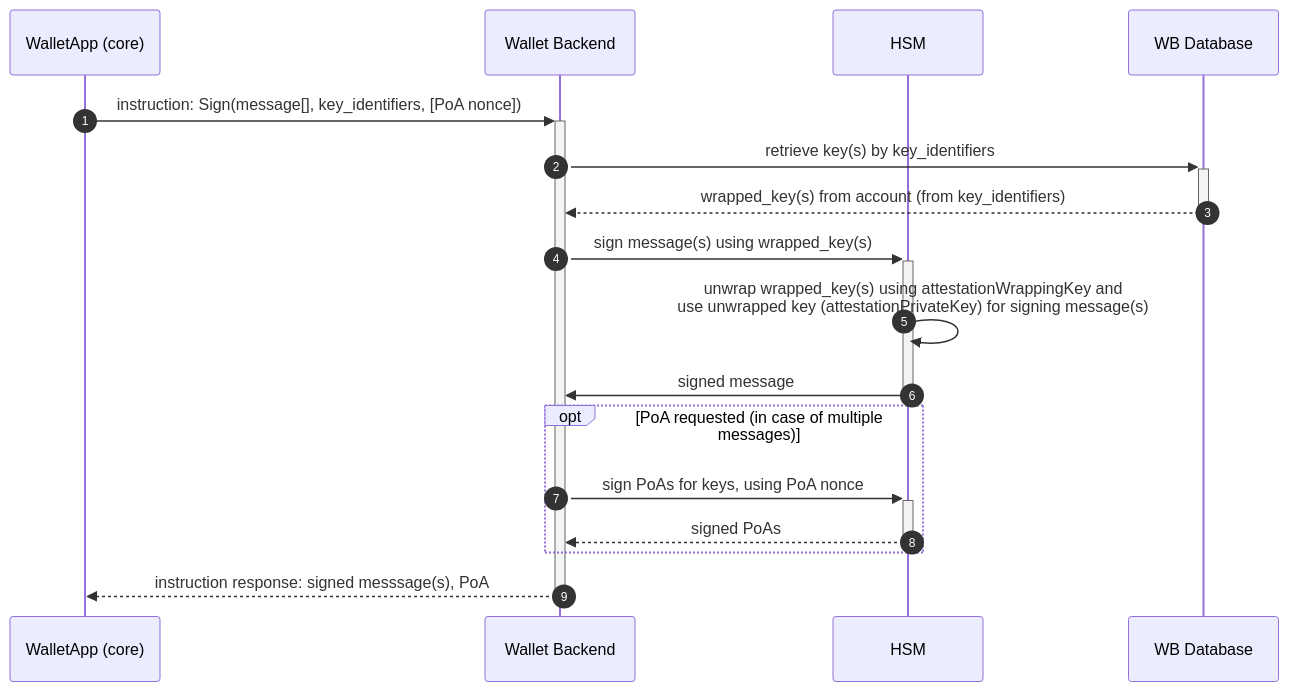
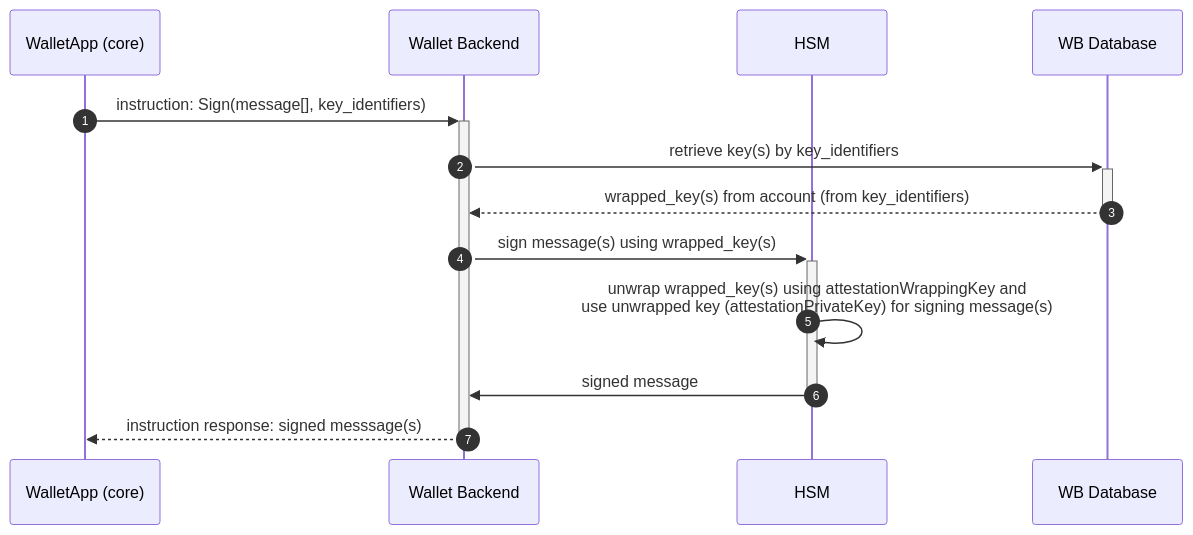
The second of 2 diagrams in wallet_docs/architecture/use-cases/disclosure-with-openid4vp.md (MinBZK/nl-wallet), drawn with Mermaid before and after one commit. The commit also changed other lines of this file and 59 other files, not shown here.

````diff
--- a/wallet_docs/architecture/use-cases/disclosure-with-openid4vp.md
+++ b/wallet_docs/architecture/use-cases/disclosure-with-openid4vp.md
@@ -71,22 +70,18 @@
 ```{mermaid}
 sequenceDiagram
     autonumber
 
     participant Wallet as WalletApp (core)
     participant WB as Wallet Backend
     participant HSM as HSM
     participant DB as WB Database
 
-    Wallet ->>+ WB: instruction: Sign(message[], key_identifiers, [PoA nonce])
+    Wallet ->>+ WB: instruction: Sign(message[], key_identifiers)
     WB ->>+ DB: retrieve key(s) by key_identifiers
     DB -->>- WB: wrapped_key(s) from account (from key_identifiers)
     WB ->>+ HSM: sign message(s) using wrapped_key(s)
     HSM ->> HSM: unwrap wrapped_key(s) using attestationWrappingKey and<br/> use unwrapped key (attestationPrivateKey) for signing message(s)
     HSM ->>- WB: signed message
-    opt PoA requested (in case of multiple messages)
-        WB ->>+ HSM: sign PoAs for keys, using PoA nonce
-        HSM -->>- WB: signed PoAs
-    end
-    WB -->>- Wallet: instruction response: signed messsage(s), PoA
+    WB -->>- Wallet: instruction response: signed messsage(s)
 
 ```
````
